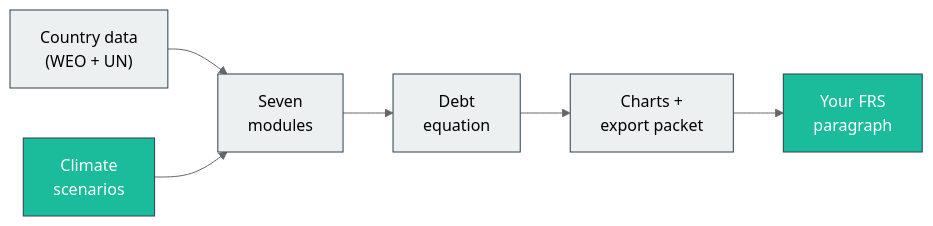
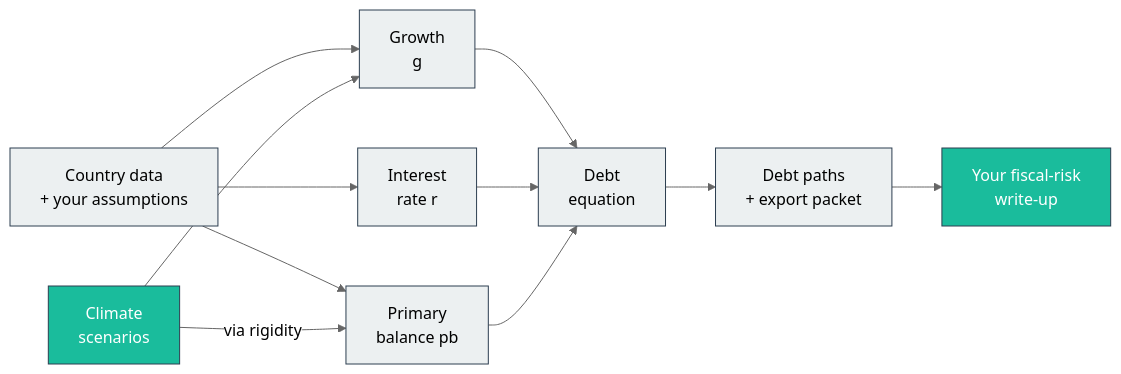
One commit to Teal-Insights/QCraft-App changed the diagram in docs/companion-guide/m5-boundaries.qmd. Above: the diagram before and after it, drawn with Mermaid (neutral theme). The commit also changed 6 other files, not shown here.

````diff
--- a/docs/companion-guide/m5-boundaries.qmd
+++ b/docs/companion-guide/m5-boundaries.qmd
@@ -38,17 +38,24 @@
 ```{mermaid}
-%%| fig-cap: "This module is about the scenarios' limits and what they license in the write-up."
+%%| fig-cap: "This module is about what the climate scenarios contain, and what that licenses in the write-up."
 %%| fig-width: 6
 flowchart LR
-    D["Country data<br>(WEO + UN)"] --> M["Seven<br>modules"]
-    S["Climate<br>scenarios"] --> M
-    M --> E["Debt<br>equation"]
-    E --> O["Charts +<br>export packet"]
-    O --> F["Your FRS<br>paragraph"]
+    D["Country data<br>+ your assumptions"] --> G["Growth<br>g"]
+    D --> R["Interest<br>rate r"]
+    D --> P["Primary<br>balance pb"]
+    C["Climate<br>scenarios"] --> G
+    C -->|"via rigidity"| P
+    G --> E["Debt<br>equation"]
+    R --> E
+    P --> E
+    E --> O["Debt paths<br>+ export packet"]
+    O --> F["Your fiscal-risk<br>write-up"]
 
     style D fill:#ECF0F1,stroke:#2C3E50
-    style S fill:#1ABC9C,stroke:#2C3E50,color:#fff
-    style M fill:#ECF0F1,stroke:#2C3E50
+    style C fill:#1ABC9C,stroke:#2C3E50,color:#fff
+    style G fill:#ECF0F1,stroke:#2C3E50
+    style R fill:#ECF0F1,stroke:#2C3E50
+    style P fill:#ECF0F1,stroke:#2C3E50
     style E fill:#ECF0F1,stroke:#2C3E50
     style O fill:#ECF0F1,stroke:#2C3E50
     style F fill:#1ABC9C,stroke:#2C3E50,color:#fff
 ```
````
